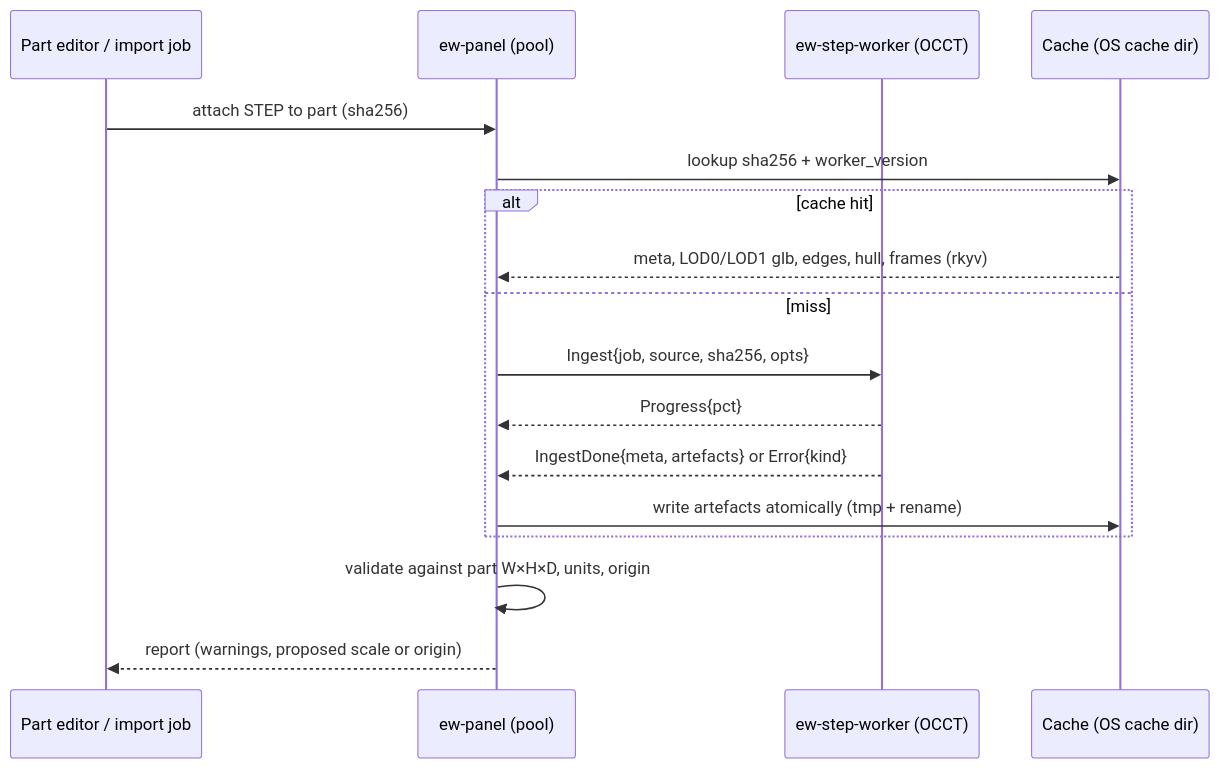
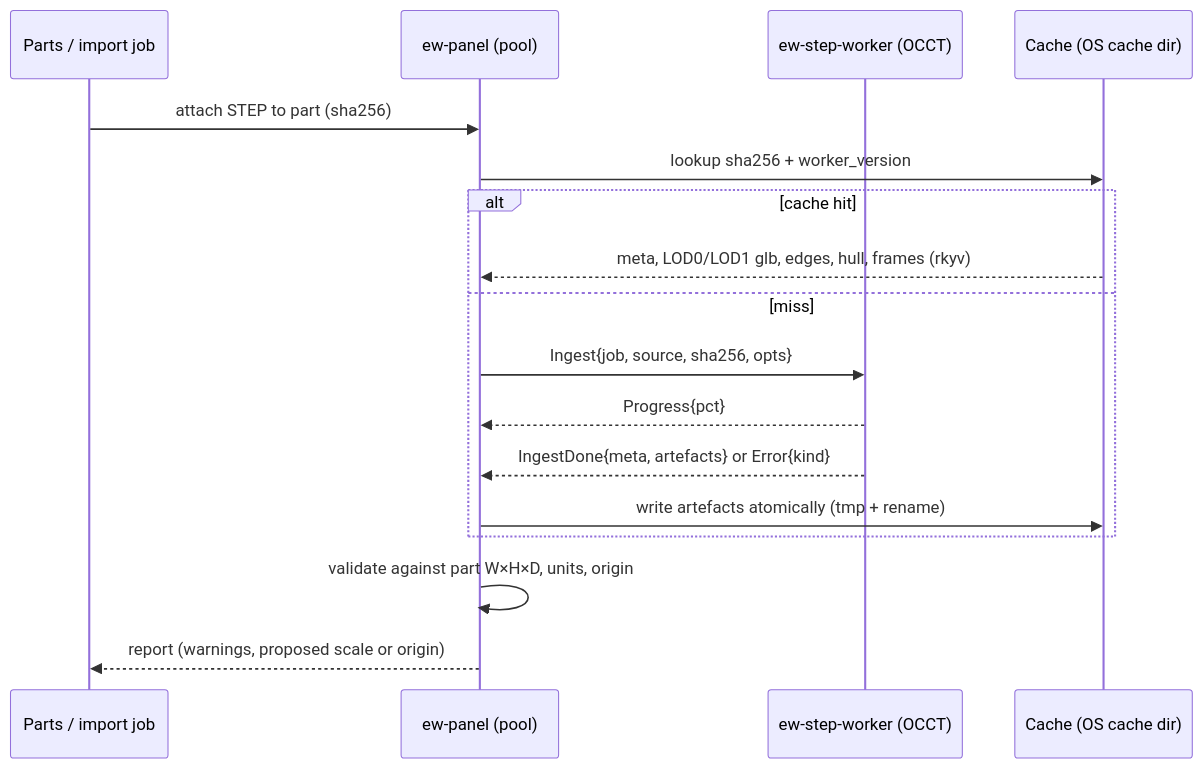
Before and after one commit to Ironkode787/ElektraWatt: the diagram in docs/design/12-3d-routing-thermal.md, drawn with Mermaid. The commit also changed 6 other files, not shown here.

First line of the commit message:
docs(design): the documents say the drawing in Parts, where they named the gone symbol and part editors

````diff
--- a/docs/design/12-3d-routing-thermal.md
+++ b/docs/design/12-3d-routing-thermal.md
@@ -24,19 +24,19 @@
 ```mermaid
 sequenceDiagram
-  participant UI as Part editor / import job
+  participant UI as Parts / import job
   participant P as ew-panel (pool)
   participant W as ew-step-worker (OCCT)
   participant C as Cache (OS cache dir)
   UI->>P: attach STEP to part (sha256)
   P->>C: lookup sha256 + worker_version
   alt cache hit
     C-->>P: meta, LOD0/LOD1 glb, edges, hull, frames (rkyv)
   else miss
     P->>W: Ingest{job, source, sha256, opts}
     W-->>P: Progress{pct}
     W-->>P: IngestDone{meta, artefacts} or Error{kind}
     P->>C: write artefacts atomically (tmp + rename)
   end
   P->>P: validate against part W×H×D, units, origin
   P-->>UI: report (warnings, proposed scale or origin)
 ```
````
